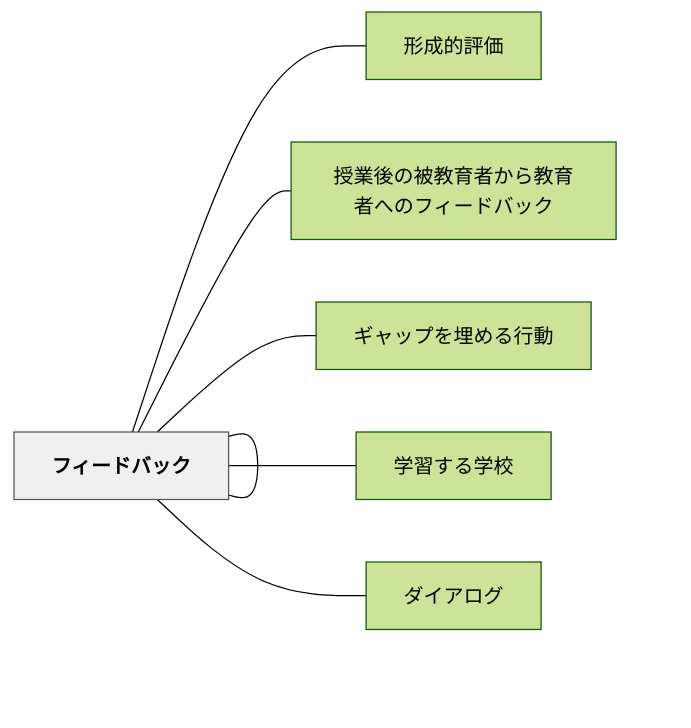
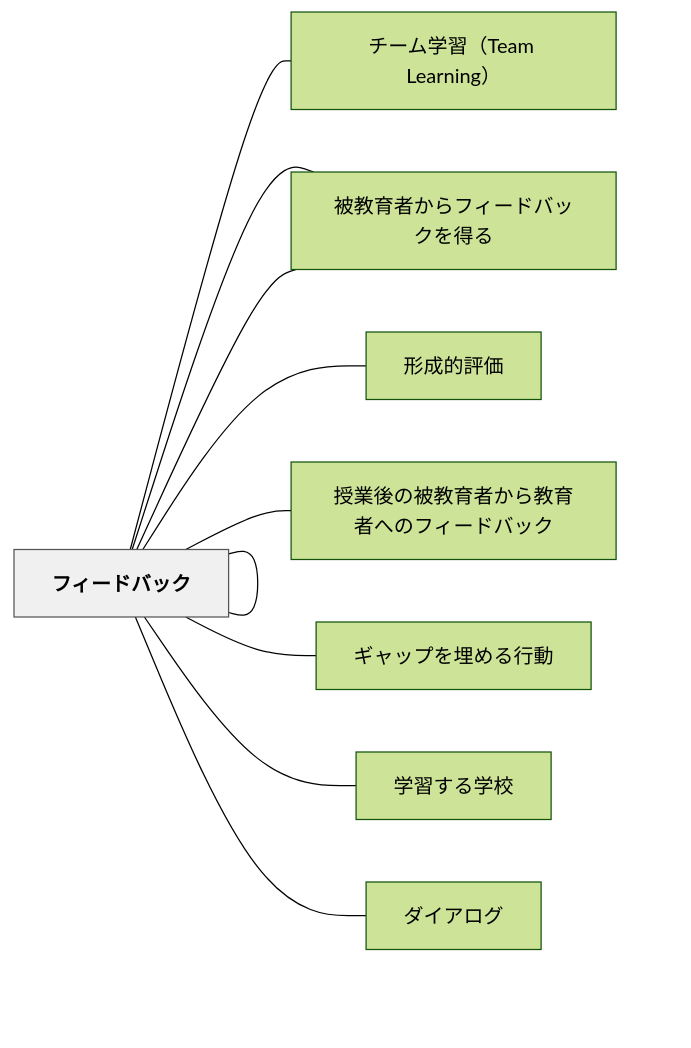
The diagram in content/パタン/フィードバックシステム.md (unknownthings-ed-patterns/unknownthings-ed-patterns), drawn with Mermaid (forest theme) before and after one commit. The commit also changed other lines of this file and 473 other files, not shown here.

````diff
--- a/content/パタン/フィードバックシステム.md
+++ b/content/パタン/フィードバックシステム.md
@@ -237,20 +240,26 @@
 ```mermaid
 flowchart LR
     ne38395e382a3["フィードバックシステム"]
+    ne38381e383bc["チーム学習（Team Learning）"]
+    ne8a2abe69599["被教育者からのフィードバックを利用して教育改善をする"]
+    ne8a2abe69599["被教育者からフィードバックを得る"]
     ne38395e382a3["フィードバック"]
     ne5bda2e68890["形成的評価"]
     ne68e88e6a5ad["授業後の被教育者から教育者へのフィードバック"]
     ne382aee383a3["ギャップを埋める行動"]
     ne5ada6e7bf92["学習する学校"]
     ne38380e382a4["ダイアログ"]
 
+    ne38395e382a3 --- ne38381e383bc
+    ne38395e382a3 --- ne8a2abe69599
+    ne38395e382a3 --- ne8a2abe69599
     ne38395e382a3 --- ne38395e382a3
     ne38395e382a3 --- ne5bda2e68890
     ne38395e382a3 --- ne68e88e6a5ad
     ne38395e382a3 --- ne382aee383a3
     ne38395e382a3 --- ne5ada6e7bf92
     ne38395e382a3 --- ne38380e382a4
 
     classDef hub fill:#f0f0f0,stroke:#555,color:#000,font-weight:bold
     class ne38395e382a3 hub
 ```
````
